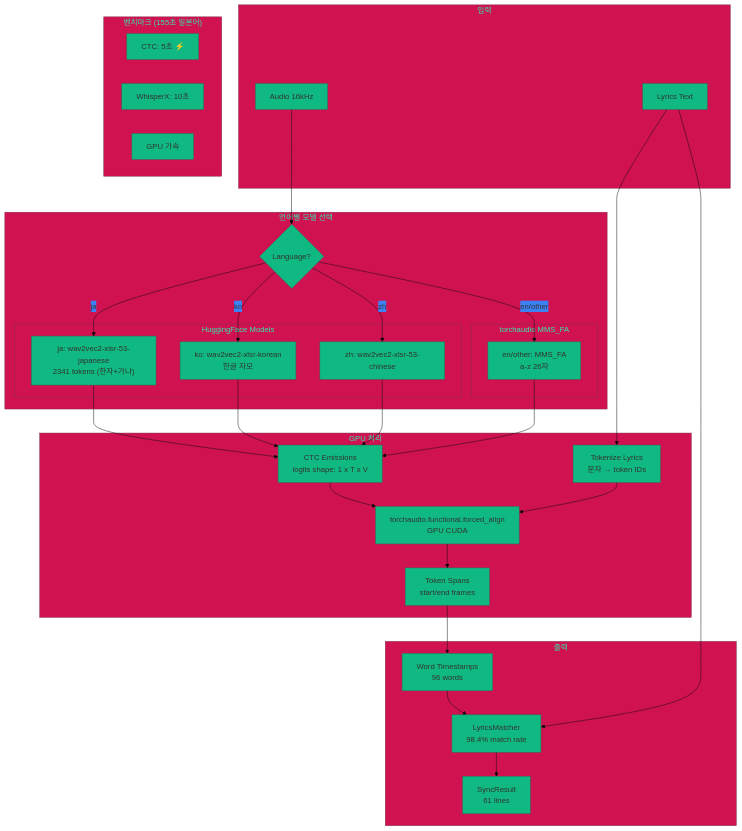
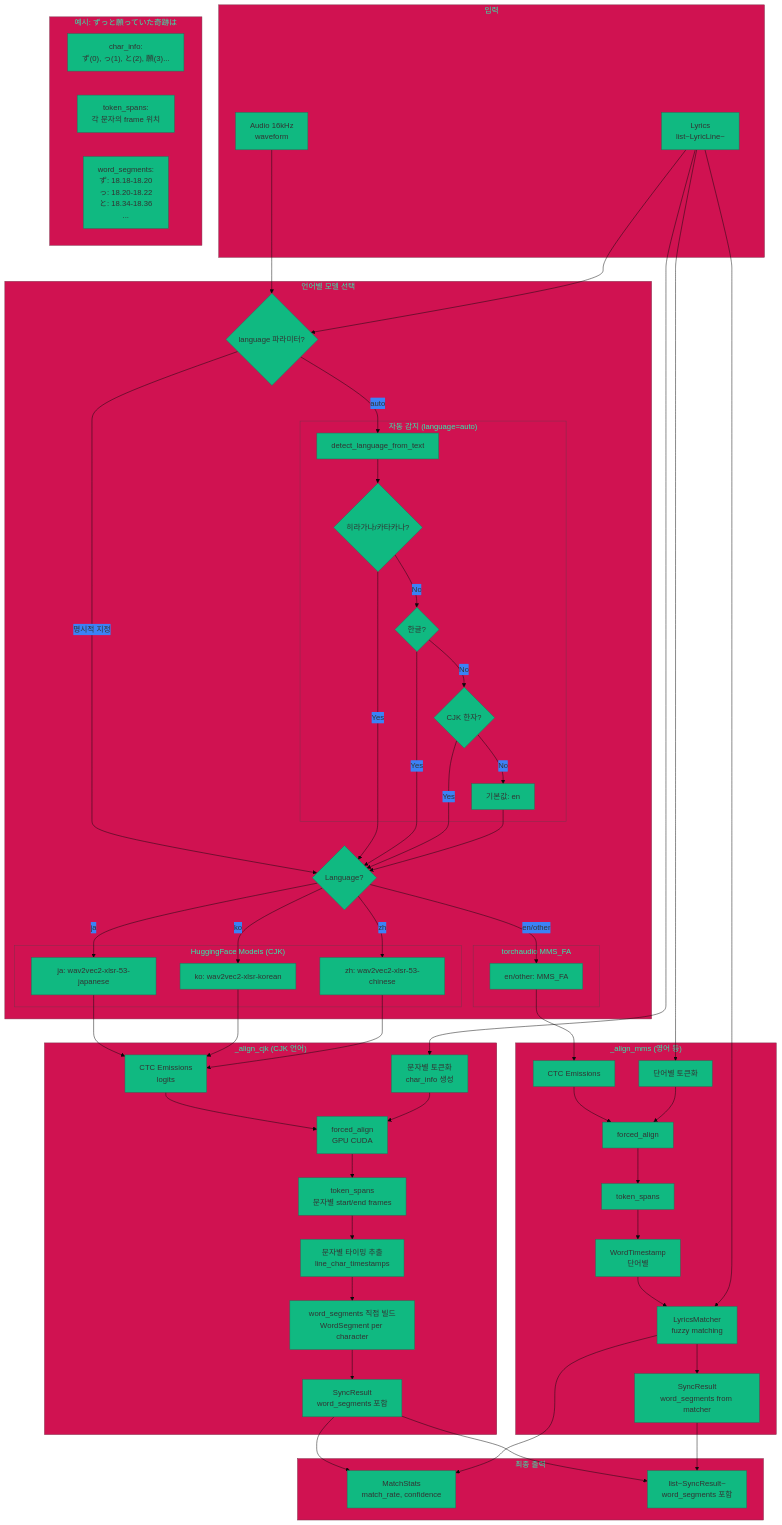
One commit to onpe5679/Everyric2 changed the diagram in diagrams/09_ctc_engine.mermaid. Above: the diagram before and after it, drawn with Mermaid. The commit also changed 8 other files, not shown here.

```diff
--- a/diagrams/09_ctc_engine.mermaid
+++ b/diagrams/09_ctc_engine.mermaid
@@ -1,62 +1,106 @@
 %%{init: {'theme': 'base', 'themeVariables': { 'primaryColor': '#10B981', 'secondaryColor': '#3B82F6'}}}%%
 flowchart TD
     subgraph INPUT["입력"]
-        A[Audio 16kHz]
-        L[Lyrics Text]
+        A[Audio 16kHz<br/>waveform]
+        L[Lyrics<br/>list~LyricLine~]
     end
 
     subgraph LANG_SELECT["언어별 모델 선택"]
+        LANG_IN{language 파라미터?}
+        
+        subgraph AUTO_DETECT["자동 감지 (language=auto)"]
+            DET[detect_language_from_text]
+            DET_JA{히라가나/카타카나?}
+            DET_KO{한글?}
+            DET_ZH{CJK 한자?}
+            DET_EN[기본값: en]
+        end
+        
         LANG{Language?}
         
-        subgraph HF["HuggingFace Models"]
-            JA["ja: wav2vec2-xlsr-53-japanese<br/>2341 tokens (한자+가나)"]
-            KO["ko: wav2vec2-xlsr-korean<br/>한글 자모"]
+        subgraph HF["HuggingFace Models (CJK)"]
+            JA["ja: wav2vec2-xlsr-53-japanese"]
+            KO["ko: wav2vec2-xlsr-korean"]
             ZH["zh: wav2vec2-xlsr-53-chinese"]
         end
         
         subgraph MMS["torchaudio MMS_FA"]
-            EN["en/other: MMS_FA<br/>a-z 26자"]
+            EN["en/other: MMS_FA"]
         end
     end
 
-    subgraph PROCESS["GPU 처리"]
-        EMI[CTC Emissions<br/>logits shape: 1 x T x V]
-        TOK[Tokenize Lyrics<br/>문자 → token IDs]
-        FA[torchaudio.functional.forced_align<br/>GPU CUDA]
-        SPANS[Token Spans<br/>start/end frames]
+    subgraph CJK_PROCESS["_align_cjk (CJK 언어)"]
+        CJK_EMI[CTC Emissions<br/>logits]
+        CJK_TOK[문자별 토큰화<br/>char_info 생성]
+        CJK_FA[forced_align<br/>GPU CUDA]
+        CJK_SPANS[token_spans<br/>문자별 start/end frames]
+        CJK_CHAR[문자별 타이밍 추출<br/>line_char_timestamps]
+        CJK_WS[word_segments 직접 빌드<br/>WordSegment per character]
+        CJK_RES[SyncResult<br/>word_segments 포함]
     end
 
-    subgraph OUTPUT["출력"]
-        WT[Word Timestamps<br/>96 words]
-        MATCH[LyricsMatcher<br/>98.4% match rate]
-        RESULT[SyncResult<br/>61 lines]
+    subgraph MMS_PROCESS["_align_mms (영어 등)"]
+        MMS_EMI[CTC Emissions]
+        MMS_TOK[단어별 토큰화]
+        MMS_FA[forced_align]
+        MMS_SPANS[token_spans]
+        MMS_WT[WordTimestamp<br/>단어별]
+        MMS_MATCH[LyricsMatcher<br/>fuzzy matching]
+        MMS_RES[SyncResult<br/>word_segments from matcher]
     end
 
-    A --> LANG
+    subgraph OUTPUT["최종 출력"]
+        STATS[MatchStats<br/>match_rate, confidence]
+        RESULT[list~SyncResult~<br/>word_segments 포함]
+    end
+
+    A --> LANG_IN
+    L --> LANG_IN
+    
+    LANG_IN -->|"명시적 지정"| LANG
+    LANG_IN -->|"auto"| DET
+    DET --> DET_JA
+    DET_JA -->|Yes| LANG
+    DET_JA -->|No| DET_KO
+    DET_KO -->|Yes| LANG
+    DET_KO -->|No| DET_ZH
+    DET_ZH -->|Yes| LANG
+    DET_ZH -->|No| DET_EN
+    DET_EN --> LANG
+    
     LANG -->|ja| JA
     LANG -->|ko| KO
     LANG -->|zh| ZH
     LANG -->|en/other| EN
     
-    JA --> EMI
-    KO --> EMI
-    ZH --> EMI
-    EN --> EMI
+    JA --> CJK_EMI
+    KO --> CJK_EMI
+    ZH --> CJK_EMI
     
-    L --> TOK
+    L --> CJK_TOK
+    CJK_EMI --> CJK_FA
+    CJK_TOK --> CJK_FA
+    CJK_FA --> CJK_SPANS
+    CJK_SPANS --> CJK_CHAR
+    CJK_CHAR --> CJK_WS
+    CJK_WS --> CJK_RES
+    CJK_RES --> RESULT
+    CJK_RES --> STATS
     
-    EMI --> FA
-    TOK --> FA
-    
-    FA --> SPANS
-    SPANS --> WT
-    
-    WT --> MATCH
-    L --> MATCH
-    MATCH --> RESULT
+    EN --> MMS_EMI
+    L --> MMS_TOK
+    MMS_EMI --> MMS_FA
+    MMS_TOK --> MMS_FA
+    MMS_FA --> MMS_SPANS
+    MMS_SPANS --> MMS_WT
+    MMS_WT --> MMS_MATCH
+    L --> MMS_MATCH
+    MMS_MATCH --> MMS_RES
+    MMS_RES --> RESULT
+    MMS_MATCH --> STATS
 
-    subgraph BENCHMARK["벤치마크 (155초 일본어)"]
-        B1["CTC: 5초 ⚡"]
-        B2["WhisperX: 10초"]
-        B3["GPU 가속"]
+    subgraph EXAMPLE["예시: ずっと願っていた奇跡は"]
+        EX1["char_info:<br/>ず(0), っ(1), と(2), 願(3)..."]
+        EX2["token_spans:<br/>각 문자의 frame 위치"]
+        EX3["word_segments:<br/>ず: 18.18-18.20<br/>っ: 18.20-18.22<br/>と: 18.34-18.36<br/>..."]
     end
```
